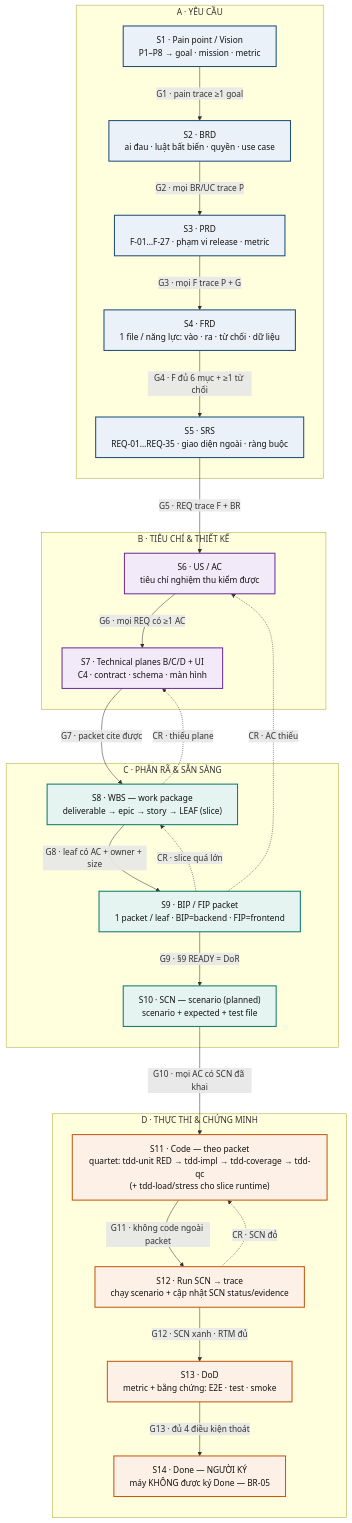
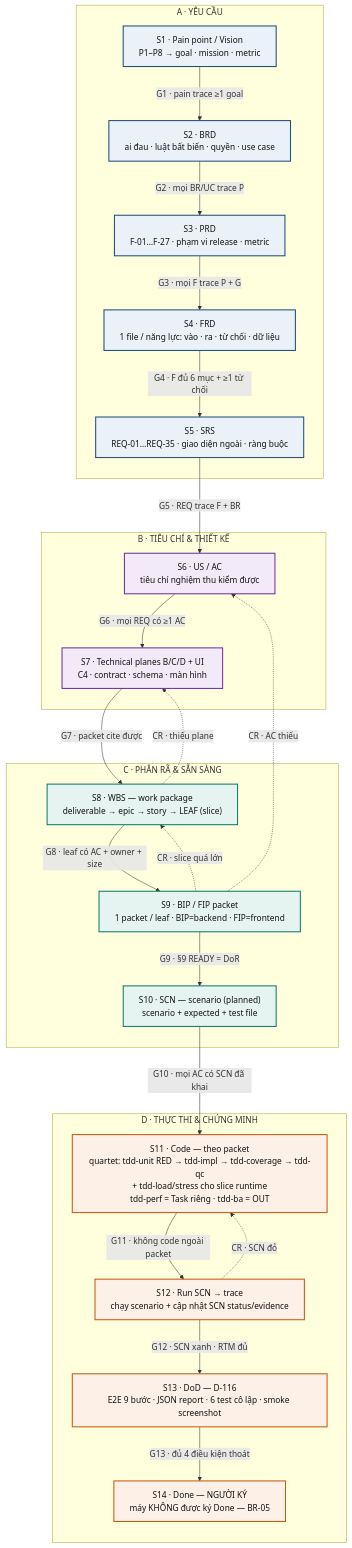
Before and after one commit to thangs2/eso-harness: the diagram in sdlc/02.governance/04.diagrams/01.main-pipeline.md, drawn with Mermaid. The commit also changed other lines of this file and 1 other file, not shown here.

Commit message:
docs(diagrams): complete S11 taxonomy (perf Task, ba OUT) and S13 D-116 DoD evidence

````diff
--- a/sdlc/02.governance/04.diagrams/01.main-pipeline.md
+++ b/sdlc/02.governance/04.diagrams/01.main-pipeline.md
@@ -16,54 +16,54 @@
 ```mermaid
 %%{init: {"flowchart": {"wrappingWidth": 430, "nodeSpacing": 55, "rankSpacing": 80, "htmlLabels": true}}}%%
 flowchart TD
     subgraph A["A · YÊU CẦU"]
         S1["S1 · Pain point / Vision<br/>P1–P8 → goal · mission · metric"]
         S2["S2 · BRD<br/>ai đau · luật bất biến · quyền · use case"]
         S3["S3 · PRD<br/>F-01…F-27 · phạm vi release · metric"]
         S4["S4 · FRD<br/>1 file / năng lực: vào · ra · từ chối · dữ liệu"]
         S5["S5 · SRS<br/>REQ-01…REQ-35 · giao diện ngoài · ràng buộc"]
     end
     subgraph B["B · TIÊU CHÍ & THIẾT KẾ"]
         S6["S6 · US / AC<br/>tiêu chí nghiệm thu kiểm được"]
         S7["S7 · Technical planes B/C/D + UI<br/>C4 · contract · schema · màn hình"]
     end
     subgraph C["C · PHÂN RÃ & SẴN SÀNG"]
         S8["S8 · WBS — work package<br/>deliverable → epic → story → LEAF (slice)"]
         S9["S9 · BIP / FIP packet<br/>1 packet / leaf · BIP=backend · FIP=frontend"]
         S10["S10 · SCN — scenario (planned)<br/>scenario + expected + test file"]
     end
     subgraph D["D · THỰC THI & CHỨNG MINH"]
-        S11["S11 · Code — theo packet<br/>quartet: tdd-unit RED → tdd-impl → tdd-coverage → tdd-qc<br/>(+ tdd-load/stress cho slice runtime)"]
+        S11["S11 · Code — theo packet<br/>quartet: tdd-unit RED → tdd-impl → tdd-coverage → tdd-qc<br/>+ tdd-load/stress cho slice runtime<br/>tdd-perf = Task riêng · tdd-ba = OUT"]
         S12["S12 · Run SCN → trace<br/>chạy scenario + cập nhật SCN status/evidence"]
-        S13["S13 · DoD<br/>metric + bằng chứng: E2E · test · smoke"]
+        S13["S13 · DoD — D-116<br/>E2E 9 bước · JSON report · 6 test cô lập · smoke screenshot"]
         S14["S14 · Done — NGƯỜI KÝ<br/>máy KHÔNG được ký Done — BR-05"]
     end
 
     S1 -->|"G1 · pain trace ≥1 goal"| S2
     S2 -->|"G2 · mọi BR/UC trace P"| S3
     S3 -->|"G3 · mọi F trace P + G"| S4
     S4 -->|"G4 · F đủ 6 mục + ≥1 từ chối"| S5
     S5 -->|"G5 · REQ trace F + BR"| S6
     S6 -->|"G6 · mọi REQ có ≥1 AC"| S7
     S7 -->|"G7 · packet cite được"| S8
     S8 -->|"G8 · leaf có AC + owner + size"| S9
     S9 -->|"G9 · §9 READY = DoR"| S10
     S10 -->|"G10 · mọi AC có SCN đã khai"| S11
     S11 -->|"G11 · không code ngoài packet"| S12
     S12 -->|"G12 · SCN xanh · RTM đủ"| S13
     S13 -->|"G13 · đủ 4 điều kiện thoát"| S14
 
     S9 -.->|"CR · AC thiếu"| S6
     S9 -.->|"CR · slice quá lớn"| S8
     S8 -.->|"CR · thiếu plane"| S7
     S12 -.->|"CR · SCN đỏ"| S11
 
     classDef req fill:#EAF1F8,stroke:#1F4E79,stroke-width:2px,color:#111111
     classDef crit fill:#F3EAF9,stroke:#7030A0,stroke-width:2px,color:#111111
     classDef ready fill:#E6F4F1,stroke:#0F7B6C,stroke-width:2px,color:#111111
     classDef exec fill:#FDF0E6,stroke:#C55A11,stroke-width:2px,color:#111111
     class S1,S2,S3,S4,S5 req
     class S6,S7 crit
     class S8,S9,S10 ready
     class S11,S12,S13,S14 exec
 ```
````
